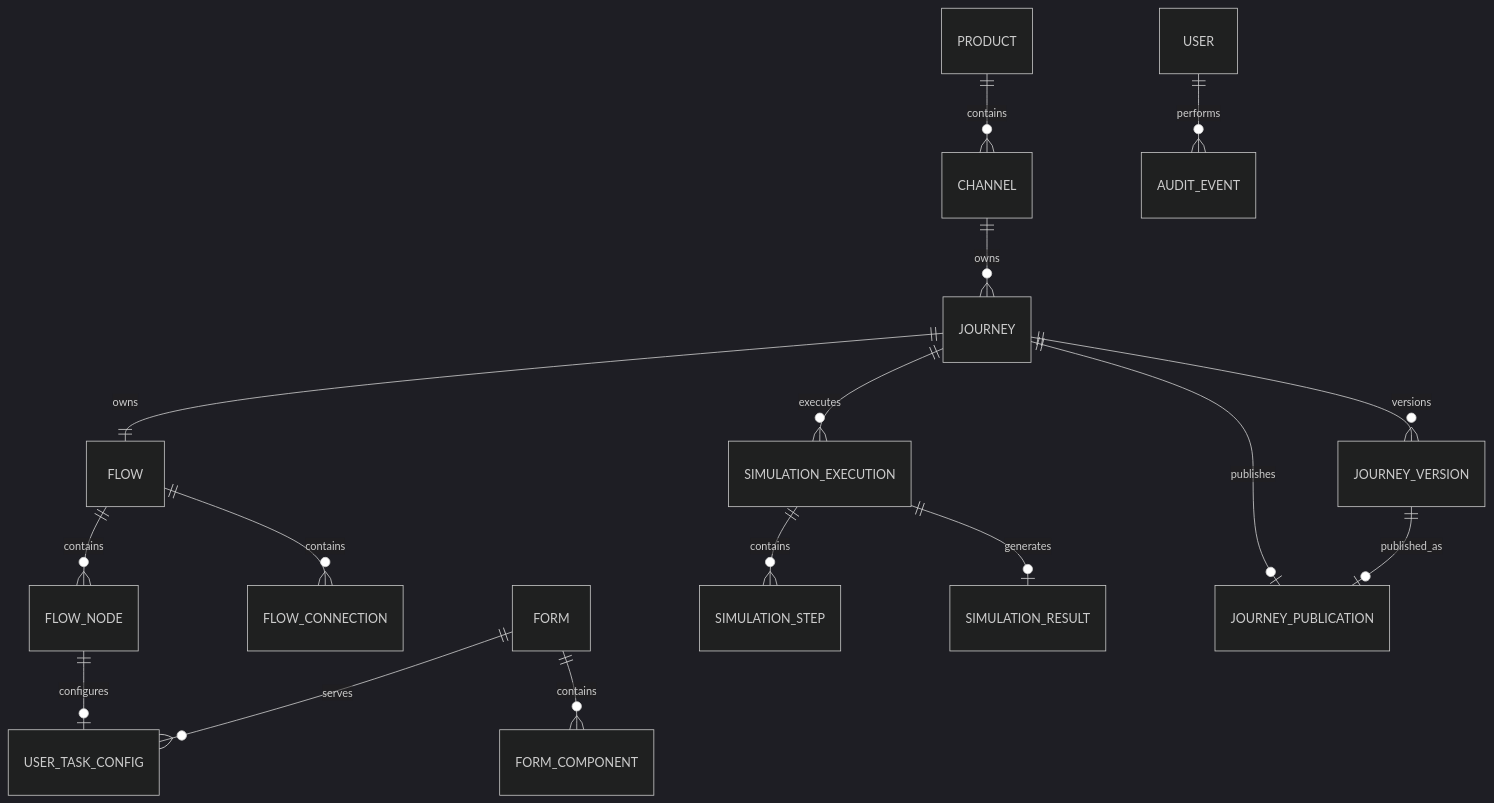
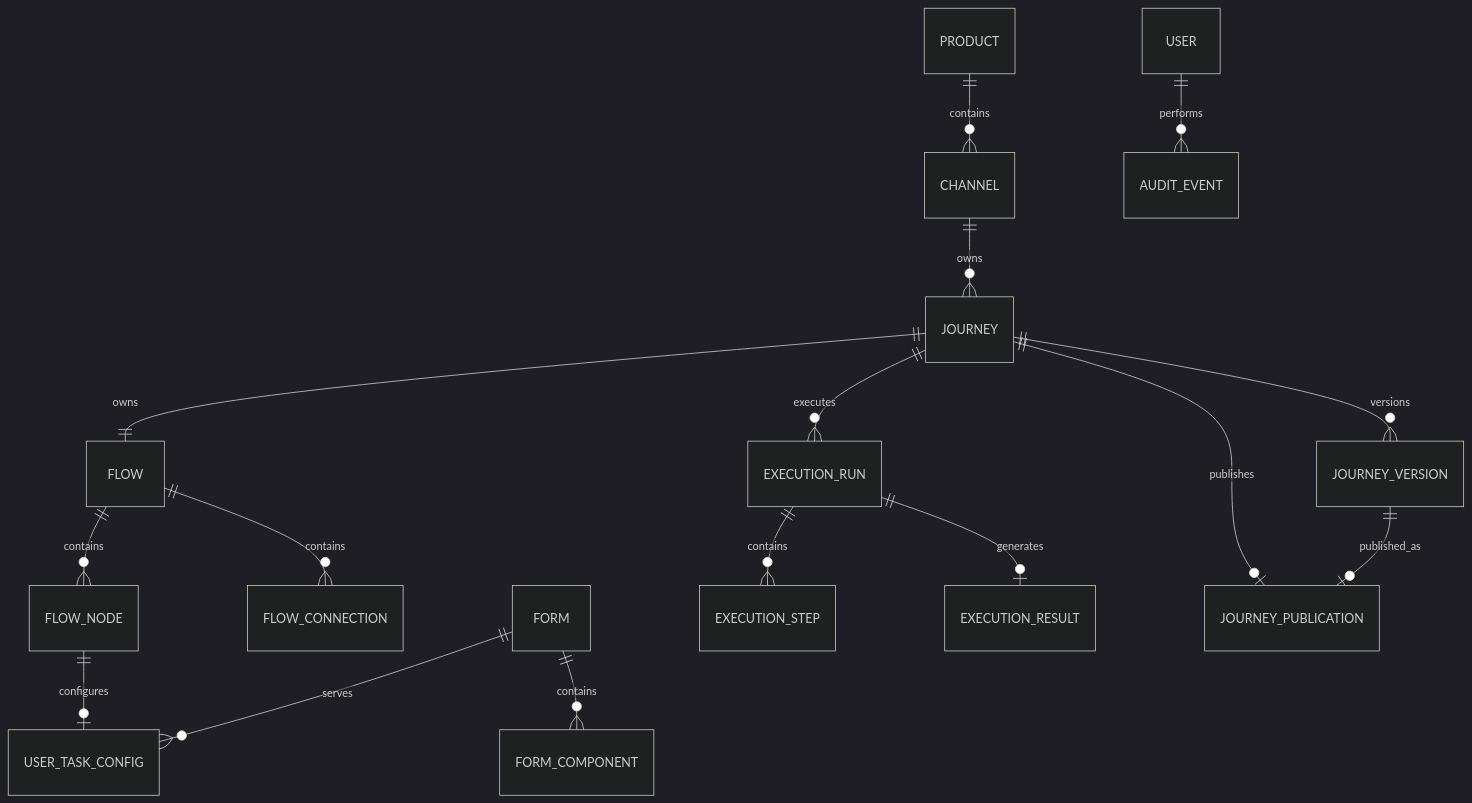
One commit to hermesnet-git/journey-admin changed the fourth of 4 diagrams in requisitos/admin/ej-admin-modelo-dados-conceitual.md. Above: the diagram before and after it, drawn with Mermaid (dark theme). The commit also changed other lines of this file and 70 other files, not shown here.

````diff
--- a/requisitos/admin/ej-admin-modelo-dados-conceitual.md
+++ b/requisitos/admin/ej-admin-modelo-dados-conceitual.md
@@ -348,22 +350,22 @@
 ```mermaid
 erDiagram
     PRODUCT ||--o{ CHANNEL : contains
     CHANNEL ||--o{ JOURNEY : owns
 
     JOURNEY ||--|| FLOW : owns
     FLOW ||--o{ FLOW_NODE : contains
     FLOW ||--o{ FLOW_CONNECTION : contains
 
     FLOW_NODE ||--o| USER_TASK_CONFIG : configures
     FORM ||--o{ USER_TASK_CONFIG : serves
     FORM ||--o{ FORM_COMPONENT : contains
 
-    JOURNEY ||--o{ SIMULATION_EXECUTION : executes
-    SIMULATION_EXECUTION ||--o{ SIMULATION_STEP : contains
-    SIMULATION_EXECUTION ||--o| SIMULATION_RESULT : generates
+    JOURNEY ||--o{ EXECUTION_RUN : executes
+    EXECUTION_RUN ||--o{ EXECUTION_STEP : contains
+    EXECUTION_RUN ||--o| EXECUTION_RESULT : generates
 
     JOURNEY ||--o| JOURNEY_PUBLICATION : publishes
     JOURNEY ||--o{ JOURNEY_VERSION : versions
     JOURNEY_VERSION ||--o| JOURNEY_PUBLICATION : published_as
     USER ||--o{ AUDIT_EVENT : performs
 ```
````
